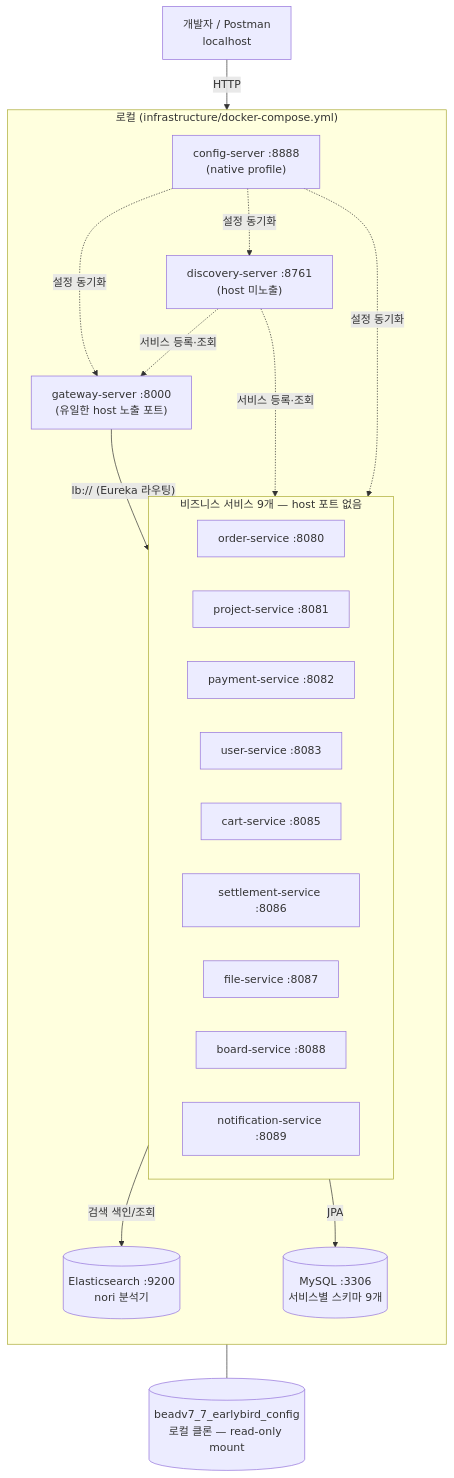
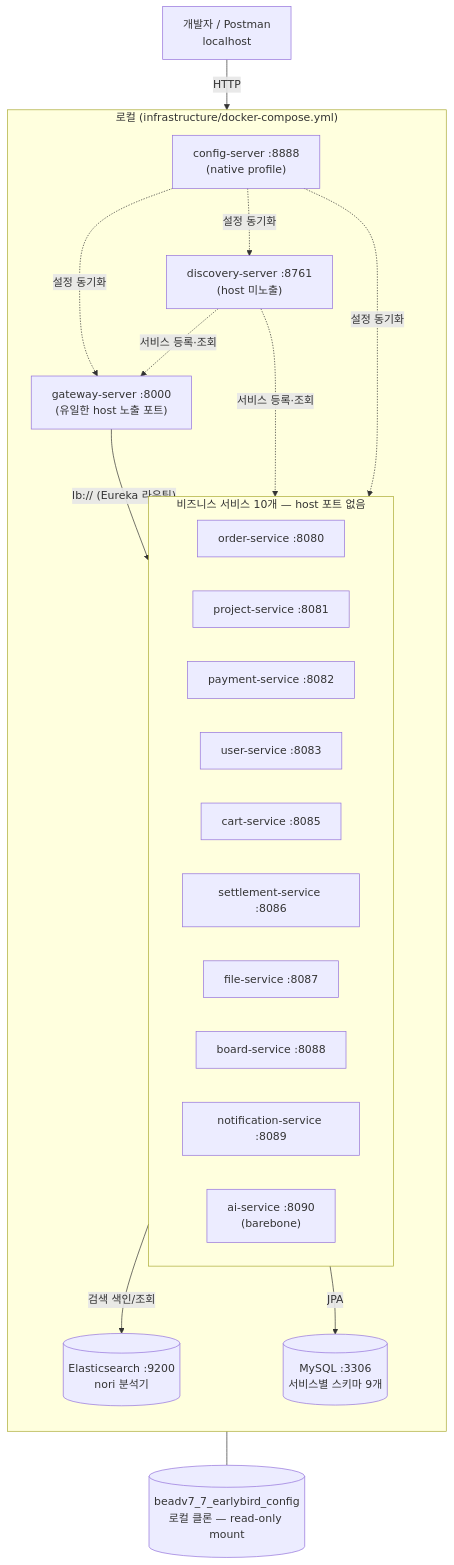
The first of 3 diagrams in docs/summary/INFRA_DIAGRAM.md (prgrms-be-adv-devcourse/beadv7_7_earlybird_BE), drawn with Mermaid before and after one commit. The commit also changed other lines of this file and 1 other file, not shown here.

First line of the commit message:
ci: CD 파이프라인에 ai-service 배포 대상 추가

````diff
--- a/docs/summary/INFRA_DIAGRAM.md
+++ b/docs/summary/INFRA_DIAGRAM.md
@@ -12,40 +12,41 @@
 ```mermaid
 flowchart TD
   client["개발자 / Postman<br/>localhost"]
 
   subgraph EDGE["로컬 (infrastructure/docker-compose.yml)"]
     direction TB
     GW["gateway-server :8000<br/>(유일한 host 노출 포트)"]
 
-    subgraph SVC["비즈니스 서비스 9개 — host 포트 없음"]
+    subgraph SVC["비즈니스 서비스 10개 — host 포트 없음"]
       direction LR
       ORDER["order-service :8080"]
       PROJECT["project-service :8081"]
       PAYMENT["payment-service :8082"]
       USER["user-service :8083"]
       CART["cart-service :8085"]
       SETTLE["settlement-service :8086"]
       FILE["file-service :8087"]
       BOARD["board-service :8088"]
       NOTI["notification-service :8089"]
+      AI["ai-service :8090<br/>(barebone)"]
     end
 
     CFG["config-server :8888<br/>(native profile)"]
     DISC["discovery-server :8761<br/>(host 미노출)"]
     MYSQL[("MySQL :3306<br/>서비스별 스키마 9개")]
     ES[("Elasticsearch :9200<br/>nori 분석기")]
   end
 
   CONFIGREPO[("beadv7_7_earlybird_config<br/>로컬 클론 — read-only mount")]
 
   client -->|HTTP| GW
   GW -->|"lb:// (Eureka 라우팅)"| SVC
   CFG -.->|설정 동기화| GW
   CFG -.->|설정 동기화| SVC
   CFG -.->|설정 동기화| DISC
   DISC -.->|서비스 등록·조회| GW
   DISC -.->|서비스 등록·조회| SVC
   SVC -->|JPA| MYSQL
   PROJECT -->|검색 색인/조회| ES
   CFG --- CONFIGREPO
 ```
````
